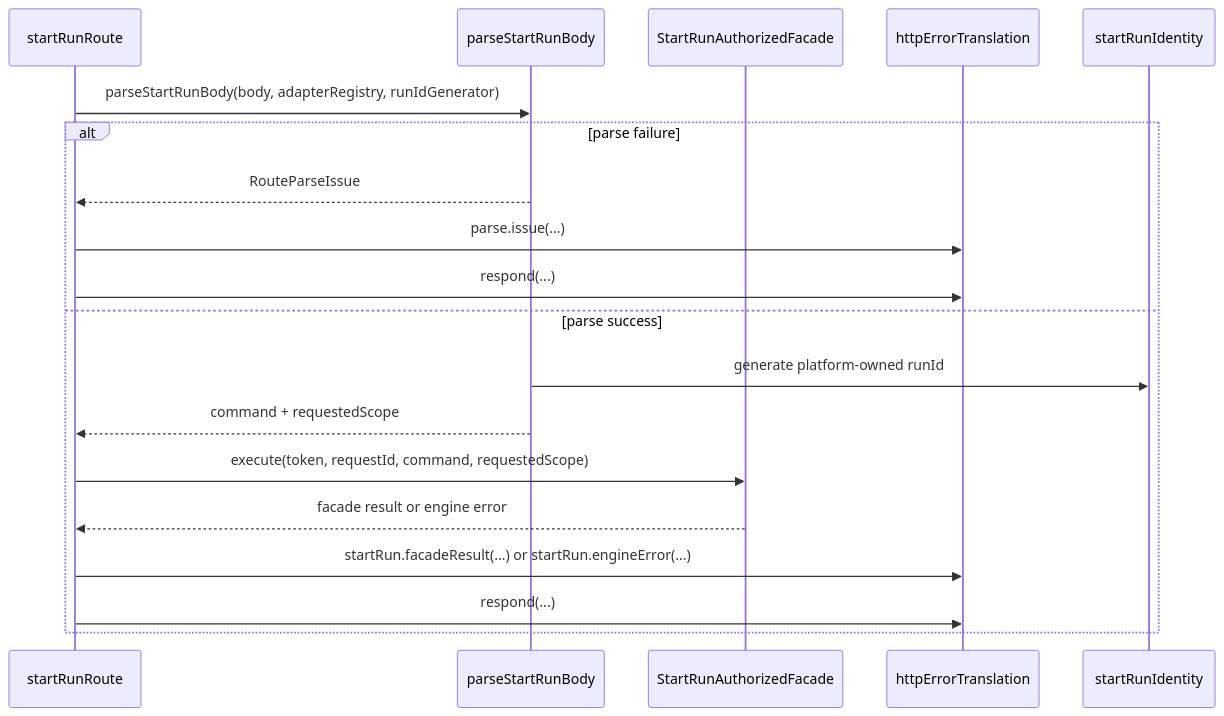
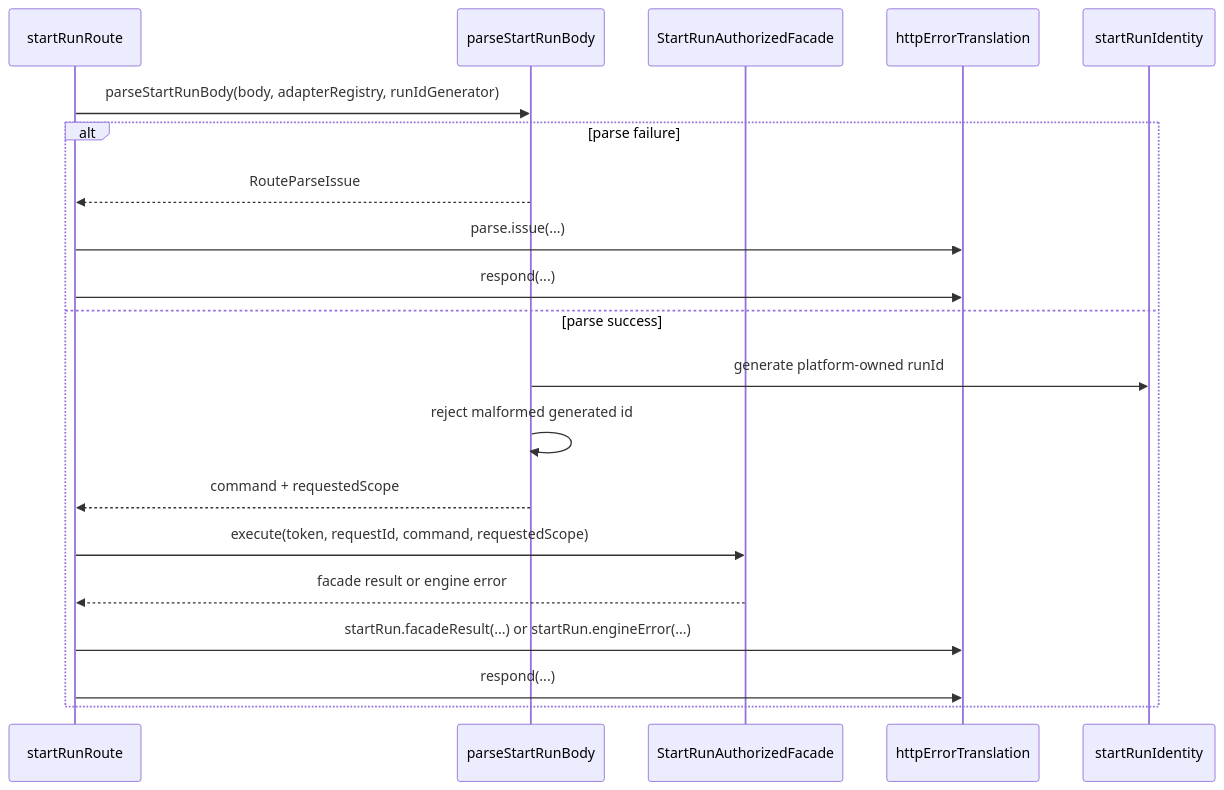
One commit to dunay2/dvt changed the third of 3 diagrams in apps/api/docs/start-run-http-entrypoint-component.md. Above: the diagram before and after it, drawn with Mermaid. The commit also changed other lines of this file and 9 other files, not shown here.

````diff
--- a/apps/api/docs/start-run-http-entrypoint-component.md
+++ b/apps/api/docs/start-run-http-entrypoint-component.md
@@ -126,23 +129,24 @@
 ```mermaid
 sequenceDiagram
   participant Route as startRunRoute
   participant Parser as parseStartRunBody
   participant Facade as StartRunAuthorizedFacade
   participant Errors as httpErrorTranslation
 
   participant Identity as startRunIdentity
 
   Route->>Parser: parseStartRunBody(body, adapterRegistry, runIdGenerator)
   alt parse failure
     Parser-->>Route: RouteParseIssue
     Route->>Errors: parse.issue(...)
     Route->>Errors: respond(...)
   else parse success
     Parser->>Identity: generate platform-owned runId
+    Parser->>Parser: reject malformed generated id
     Parser-->>Route: command + requestedScope
     Route->>Facade: execute(token, requestId, command, requestedScope)
     Facade-->>Route: facade result or engine error
     Route->>Errors: startRun.facadeResult(...) or startRun.engineError(...)
     Route->>Errors: respond(...)
   end
 ```
````
